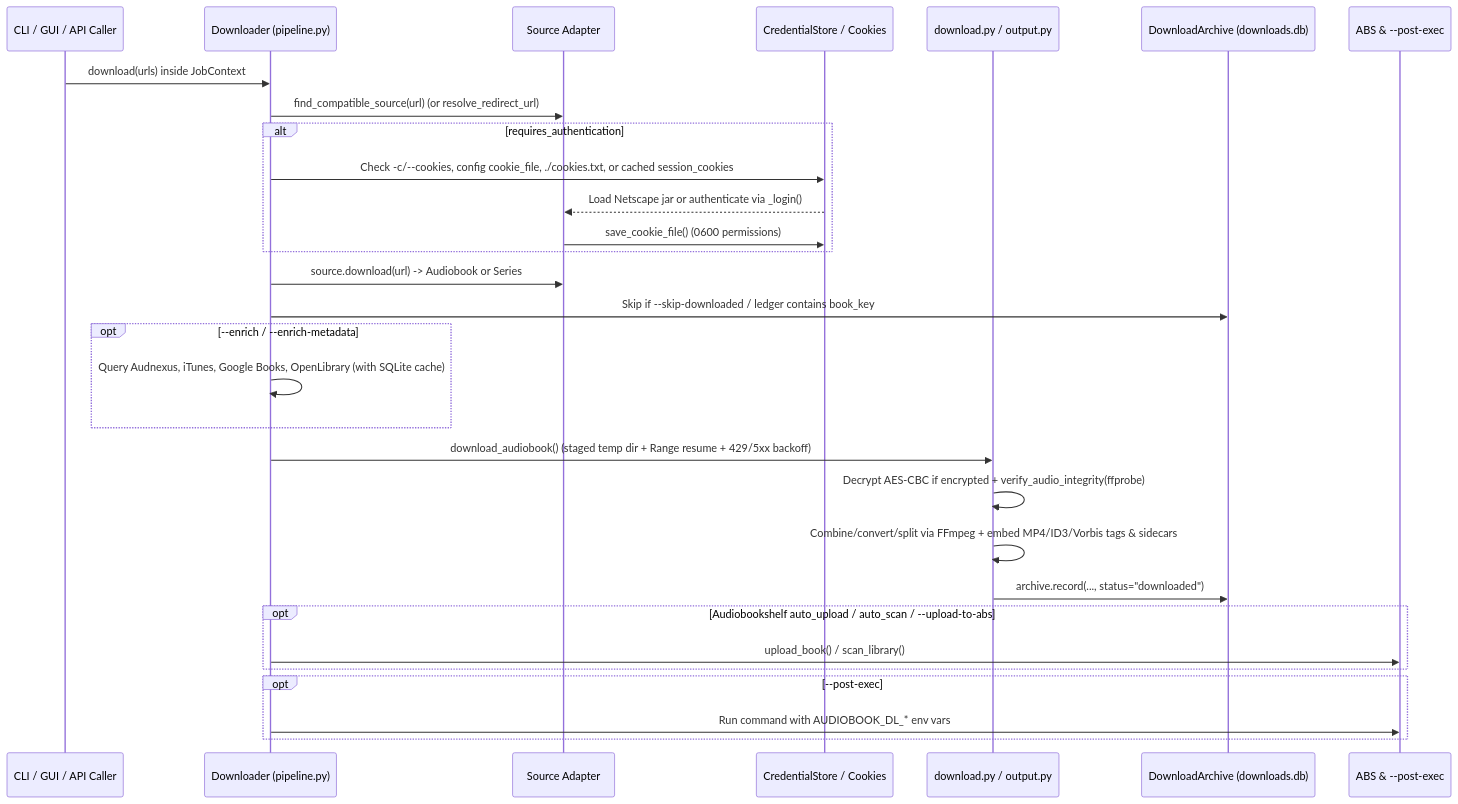
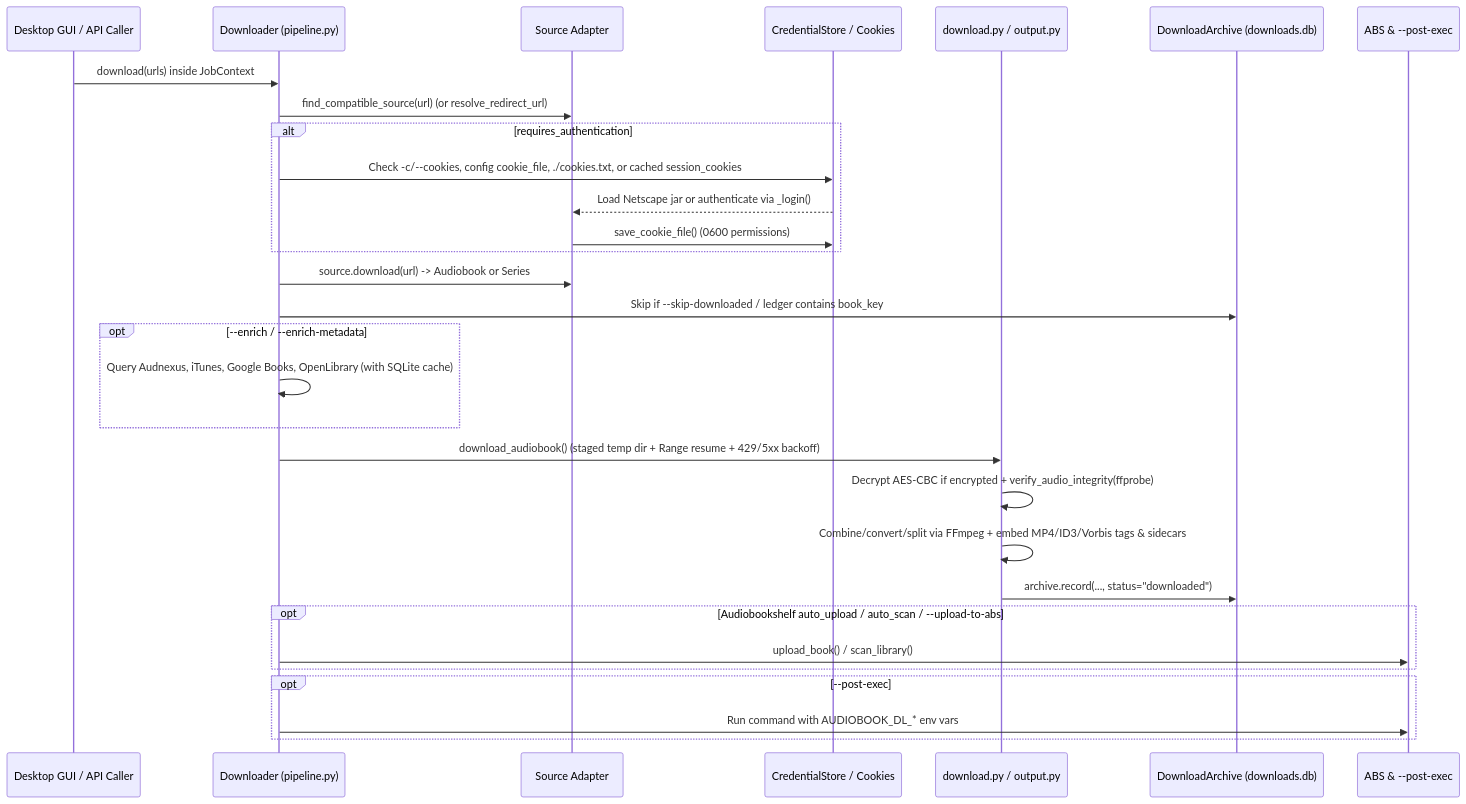
Before and after one commit to AndersonDiego42/audiobook-dl: the first of 3 diagrams in docs/workflows.md, drawn with Mermaid. The commit also changed other lines of this file and 87 other files, not shown here.

Commit message:
feat: restructure application into Python package with desktop GUI and comprehensive test suite

````diff
--- a/docs/workflows.md
+++ b/docs/workflows.md
@@ -9,33 +9,33 @@
 ```mermaid
 sequenceDiagram
-    participant Caller as CLI / GUI / API Caller
+    participant Caller as Desktop GUI / API Caller
     participant DL as Downloader (pipeline.py)
     participant Src as Source Adapter
     participant Auth as CredentialStore / Cookies
     participant IO as download.py / output.py
     participant DB as DownloadArchive (downloads.db)
     participant Hook as ABS & --post-exec
 
     Caller->>DL: download(urls) inside JobContext
     DL->>Src: find_compatible_source(url) (or resolve_redirect_url)
     alt requires_authentication
         DL->>Auth: Check -c/--cookies, config cookie_file, ./cookies.txt, or cached session_cookies
         Auth-->>Src: Load Netscape jar or authenticate via _login()
         Src->>Auth: save_cookie_file() (0600 permissions)
     end
     DL->>Src: source.download(url) -> Audiobook or Series
     DL->>DB: Skip if --skip-downloaded / ledger contains book_key
     opt --enrich / --enrich-metadata
         DL->>DL: Query Audnexus, iTunes, Google Books, OpenLibrary (with SQLite cache)
     end
     DL->>IO: download_audiobook() (staged temp dir + Range resume + 429/5xx backoff)
     IO->>IO: Decrypt AES-CBC if encrypted + verify_audio_integrity(ffprobe)
     IO->>IO: Combine/convert/split via FFmpeg + embed MP4/ID3/Vorbis tags & sidecars
     IO->>DB: archive.record(..., status="downloaded")
     opt Audiobookshelf auto_upload / auto_scan / --upload-to-abs
         DL->>Hook: upload_book() / scan_library()
     end
     opt --post-exec
         DL->>Hook: Run command with AUDIOBOOK_DL_* env vars
     end
 ```
````
